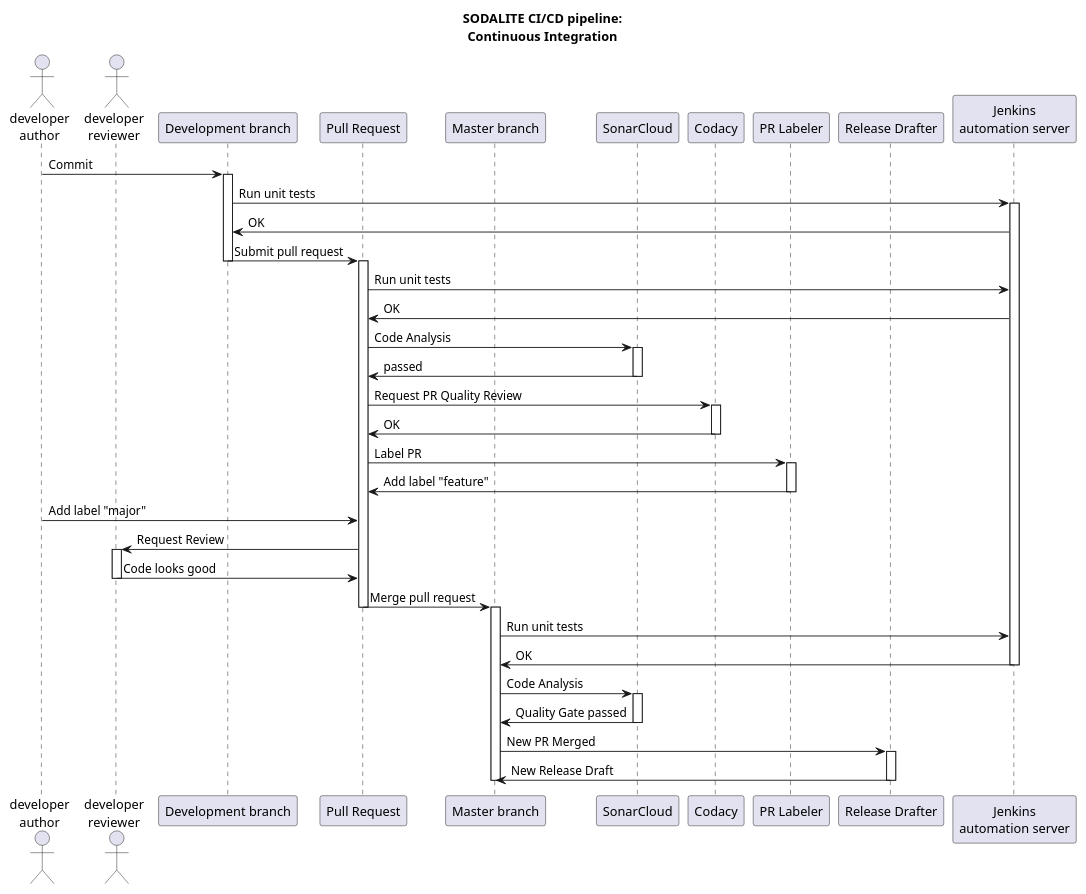
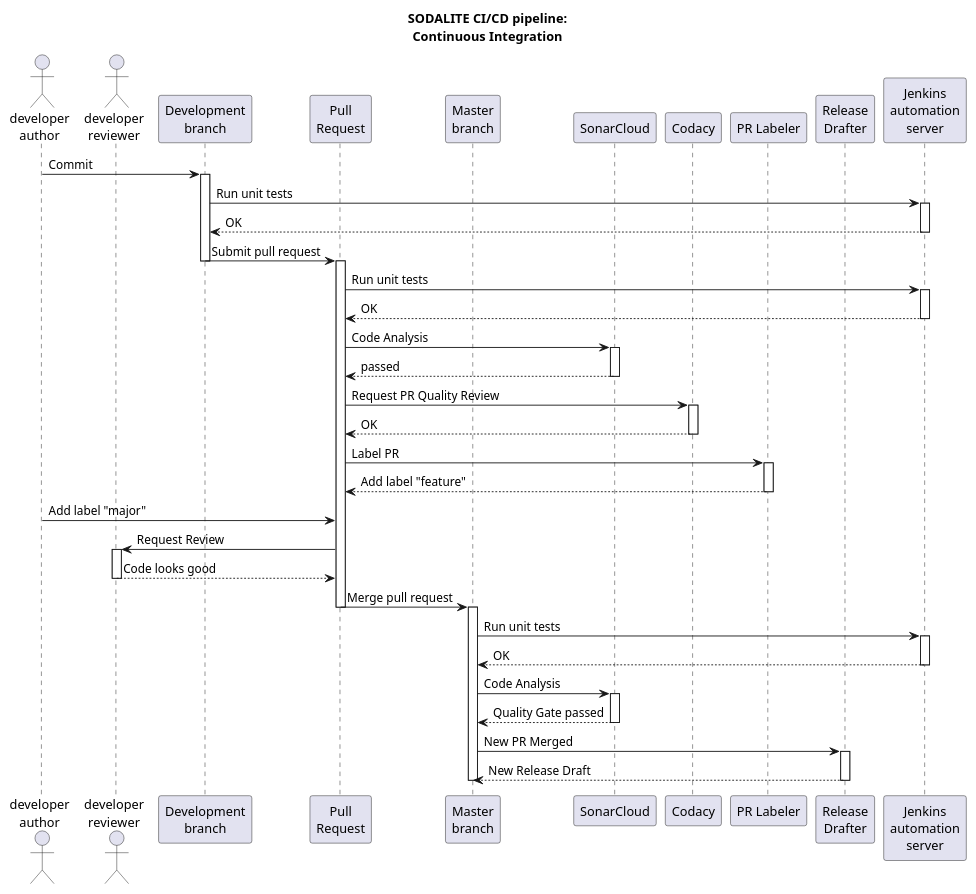
Before and after one commit to SODALITE-EU/project-wide-documentation: the diagram in uml/sequence-diagrams/CI-CD/CI-CD-integration.puml, drawn with PlantUML. The commit also changed 2 other files, not shown here.

```diff
--- a/uml/sequence-diagrams/CI-CD/CI-CD-integration.puml
+++ b/uml/sequence-diagrams/CI-CD/CI-CD-integration.puml
@@ -1,78 +1,82 @@
 @startuml
 
 title SODALITE CI/CD pipeline:\nContinuous Integration
 
 actor "developer\nauthor" as human
 actor "developer\nreviewer" as human2
 
-participant "Development branch" as dev
-participant "Pull Request" as pr
-participant "Master branch" as master
+participant "Development\nbranch" as dev
+participant "Pull\nRequest" as pr
+participant "Master\nbranch" as master
 participant "SonarCloud" as sonar
 participant "Codacy" as codacy
 participant "PR Labeler" as pr_labeler
-participant "Release Drafter" as release_drafter
-participant "Jenkins\nautomation server" as jenkins
+participant "Release\nDrafter" as release_drafter
+participant "Jenkins\nautomation\nserver" as jenkins
 
 
 human -> dev: Commit
 activate dev
 dev -> jenkins: Run unit tests
 activate jenkins
-dev <- jenkins: OK
+dev <-- jenkins: OK
+deactivate jenkins
 
 dev -> pr: Submit pull request
 deactivate dev
 activate pr
 
 
 pr -> jenkins: Run unit tests
-pr <- jenkins: OK
+activate jenkins
+pr <-- jenkins: OK
+deactivate jenkins
 
 pr -> sonar: Code Analysis
 activate sonar
-pr <- sonar: passed
+pr <-- sonar: passed
 deactivate sonar
 
 pr -> codacy: Request PR Quality Review
 activate codacy
-pr <- codacy: OK
+pr <-- codacy: OK
 deactivate codacy
 
 pr -> pr_labeler: Label PR
 activate pr_labeler
-pr_labeler -> pr: Add label "feature"
+pr <-- pr_labeler: Add label "feature"
 deactivate pr_labeler
 
 human -> pr: Add label "major"
 
 pr -> human2: Request Review
 activate human2
-pr <- human2: Code looks good
+pr <-- human2: Code looks good
 deactivate human2
 
 pr -> master: Merge pull request
 deactivate pr
 activate master
 
 master -> jenkins: Run unit tests
-master <- jenkins: OK
+activate jenkins
+master <-- jenkins: OK
 deactivate jenkins
 
 master -> sonar: Code Analysis
 activate sonar
-master <- sonar: Quality Gate passed
+master <-- sonar: Quality Gate passed
 deactivate sonar
 
 master -> release_drafter: New PR Merged
 activate release_drafter
-release_drafter -> master: New Release Draft
+master <-- release_drafter: New Release Draft
 deactivate release_drafter
 deactivate master
 
 
 
 
 
 
 @enduml
```
